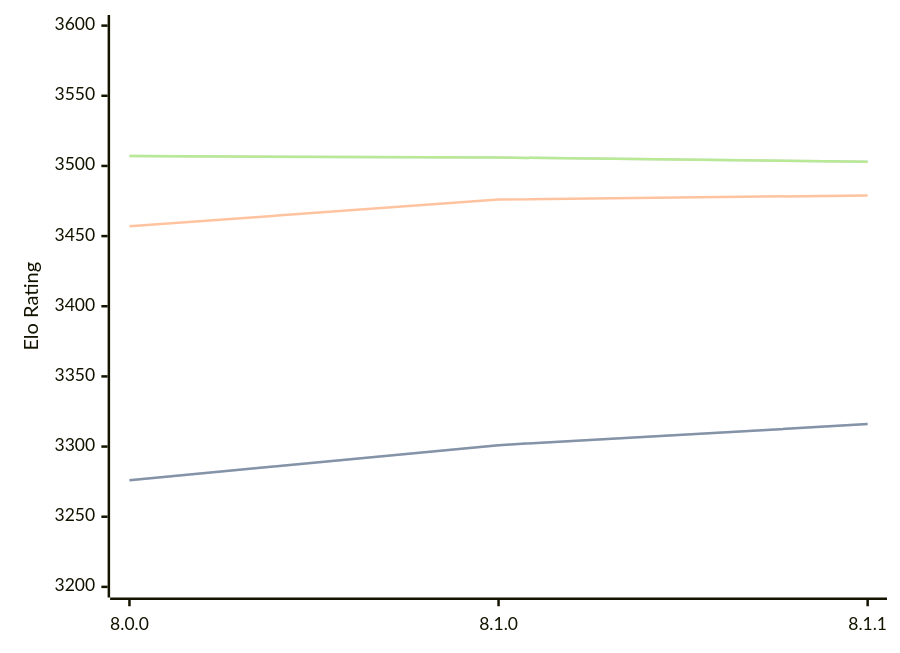
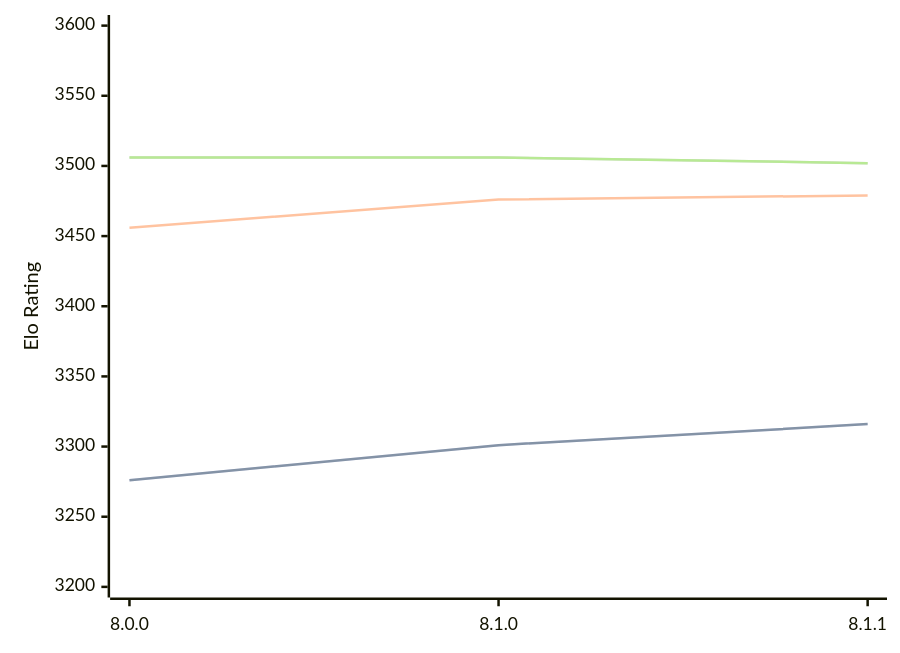
The diagram in engines/Velvet.md (computer-chess-index/cci), drawn with Mermaid before and after one commit. The commit also changed other lines of this file, not shown here.

Commit message:
Update CCI Ratings (ELO VLTC) - 2026-03-17

````diff
--- a/engines/Velvet.md
+++ b/engines/Velvet.md
@@ -55,11 +55,11 @@
 ```mermaid
 %%{init: {"theme":"base","themeVariables":{"seriesColors:['#a3a3a3','#222221','#faa371']}}}%%
 xychart-beta
   x-axis ["8.0.0", "8.1.0", "8.1.1"]
   y-axis "Elo Rating" 3200 --> 3600
   line "STC (8.0+0.08s)" [3276, 3301, 3316]
   line "STC (8.0+0.08s)" [3276, 3301, 3316]
-  line "LTC (60.0+0.60s)" [3457, 3476, 3479]
-  line "VLTC (2m24s+1.12s)" [3507, 3506, 3503]
-  line "VLTC (2m24s+1.12s)" [3507, 3506, 3503]
+  line "LTC (60.0+0.60s)" [3456, 3476, 3479]
+  line "VLTC (2m24s+1.12s)" [3506, 3506, 3502]
+  line "VLTC (2m24s+1.12s)" [3506, 3506, 3502]
 ```
````
